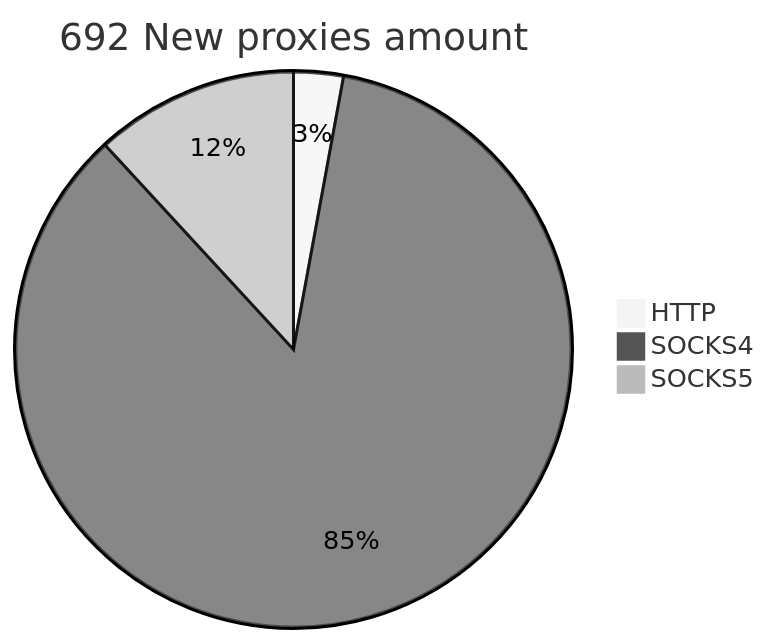
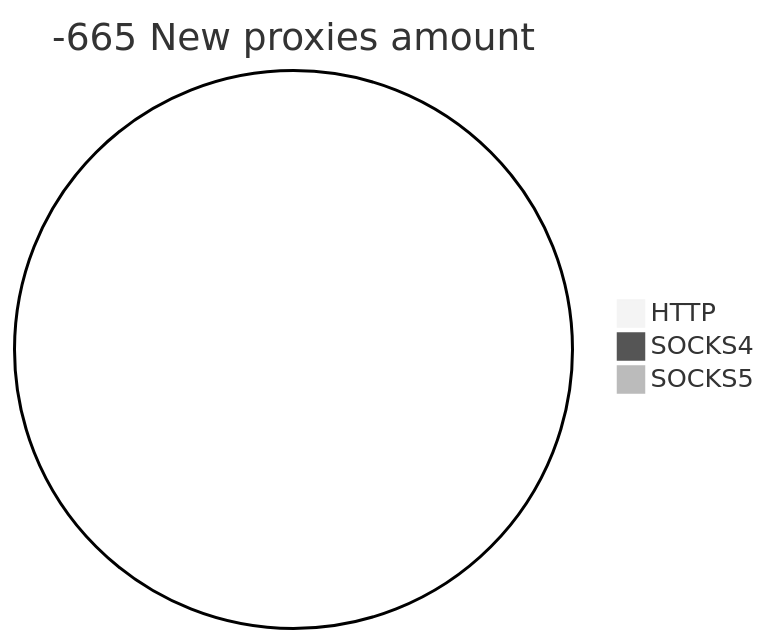
Before and after one commit to cutipu/proxylist: the second of 2 diagrams in README.md, drawn with Mermaid (neutral theme). The commit also changed other lines of this file, not shown here.

````diff
--- a/README.md
+++ b/README.md
@@ -10,6 +10,6 @@
 ```mermaid
-pie title 692 New proxies amount
-    "HTTP" : 20
-    "SOCKS4" : 590
-    "SOCKS5" : 82
+pie title -665 New proxies amount
+    "HTTP" : 0
+    "SOCKS4" : 0
+    "SOCKS5" : 0
 ```
````
